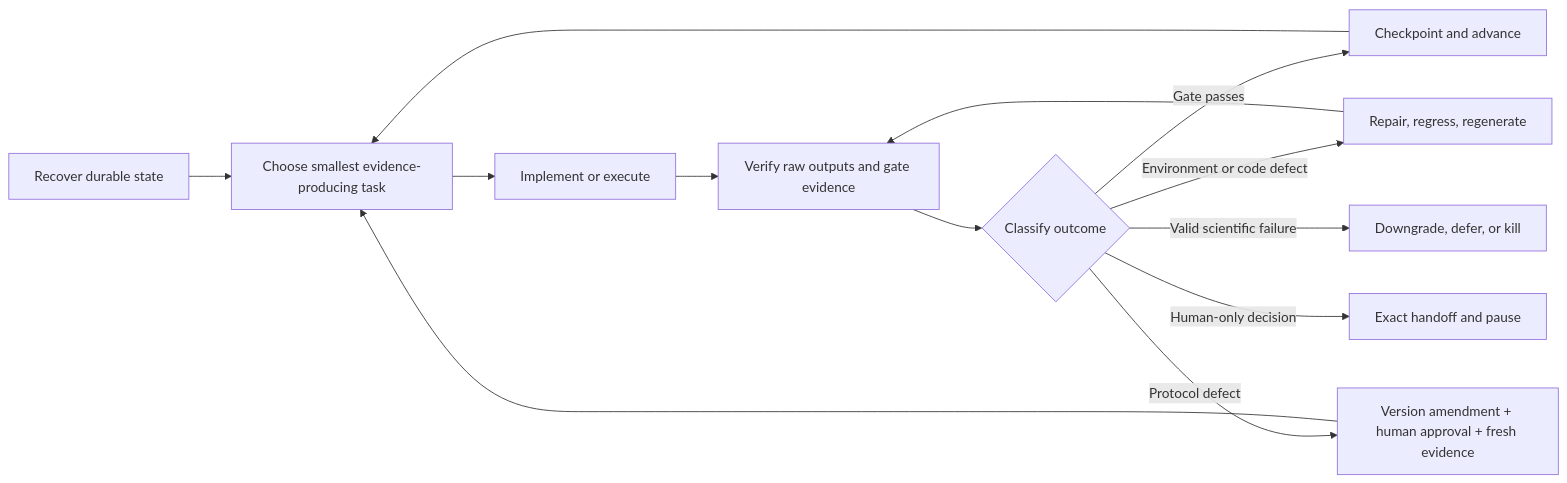
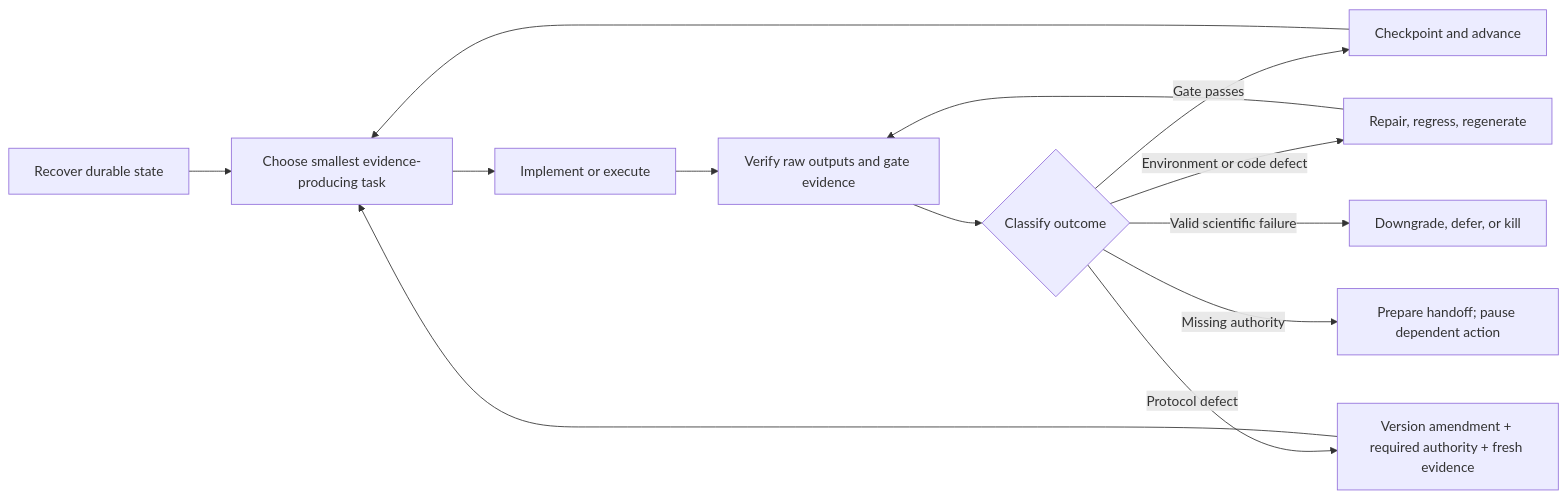
The diagram in README.md (bsq415/research-rigor-skill), drawn with Mermaid before and after one commit. The commit also changed other lines of this file and 22 other files, not shown here.

````diff
--- a/README.md
+++ b/README.md
@@ -92,15 +110,15 @@
 ```mermaid
 flowchart LR
     A["Recover durable state"] --> B["Choose smallest evidence-producing task"]
     B --> C["Implement or execute"]
     C --> D["Verify raw outputs and gate evidence"]
     D --> E{"Classify outcome"}
     E -->|"Gate passes"| F["Checkpoint and advance"]
     F --> B
     E -->|"Environment or code defect"| G["Repair, regress, regenerate"]
     G --> D
-    E -->|"Protocol defect"| H["Version amendment + human approval + fresh evidence"]
+    E -->|"Protocol defect"| H["Version amendment + required authority + fresh evidence"]
     H --> B
     E -->|"Valid scientific failure"| I["Downgrade, defer, or kill"]
-    E -->|"Human-only decision"| J["Exact handoff and pause"]
+    E -->|"Missing authority"| J["Prepare handoff; pause dependent action"]
 ```
````
